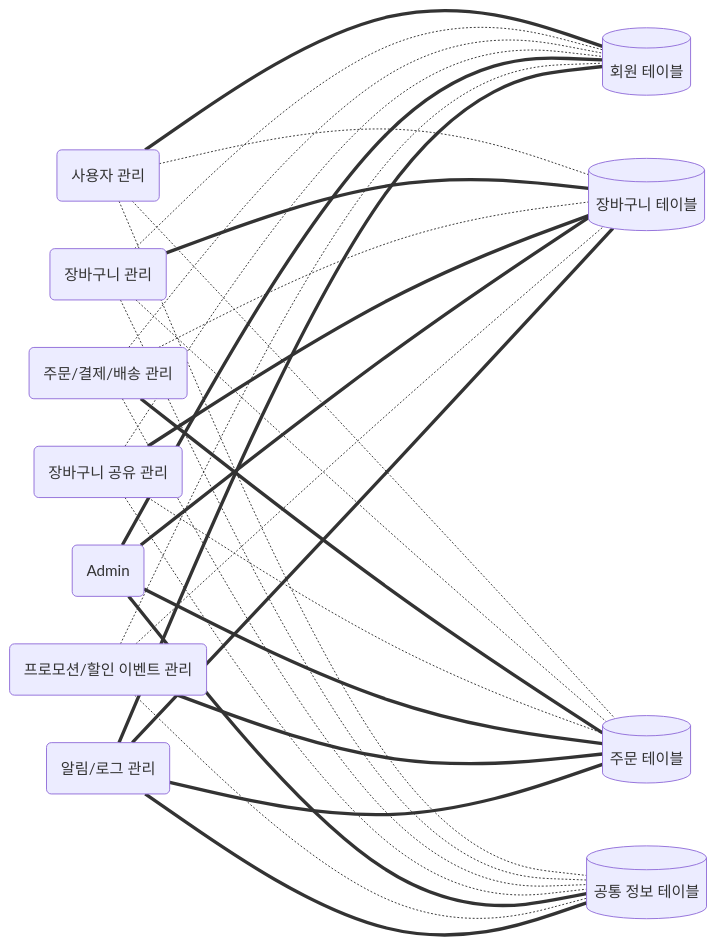
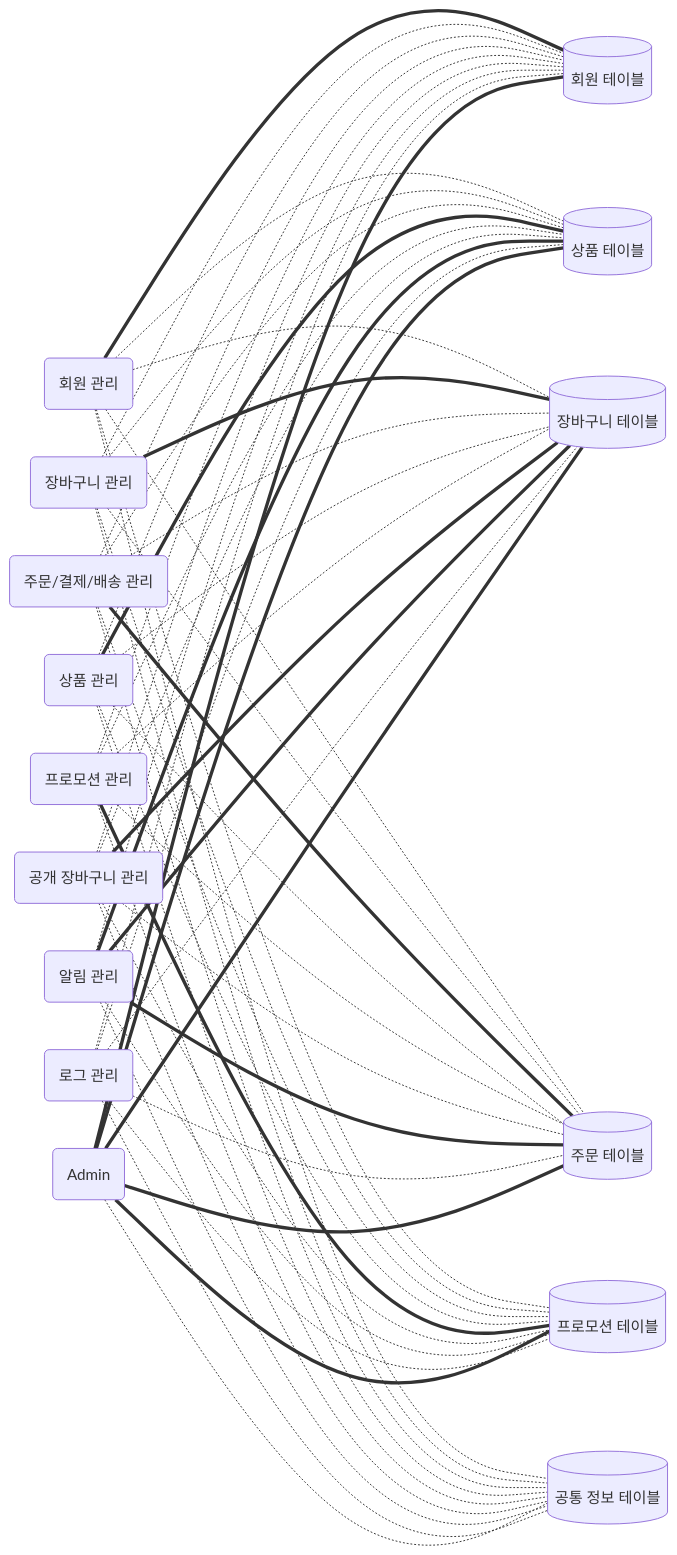
One commit to sarifor/cart-connect-market changed the diagram in docs/2. 설계/2.1 전체 설계/2.1.1 시스템 아키텍처 설계/데이터 아키텍처.md. Above: the diagram before and after it, drawn with Mermaid. The commit also changed other lines of this file, not shown here.

Commit message:
Refactor: Data architecture
- Align with Functional requirements definition and Screen list
- Add new subsystems: e.g., Product management
- Add new database tables: e.g., Product table
- Add/Modify relationships between subsystems and database tables: e.g. Admin can update specific fields in Product table

````diff
--- a/docs/2. 설계/2.1 전체 설계/2.1.1 시스템 아키텍처 설계/데이터 아키텍처.md
+++ b/docs/2. 설계/2.1 전체 설계/2.1.1 시스템 아키텍처 설계/데이터 아키텍처.md
@@ -18,52 +19,83 @@
 %%{ init: { 'flowchart': { 'nodeSpacing': 50, 'rankSpacing': 400 } } }%%
 
 graph LR
-  Customer("사용자 관리")
+  Member("회원 관리")
   Cart("장바구니 관리")
   OrderBuyDelivery("주문/결제/배송 관리")
-  ShareCart("장바구니 공유 관리")
+  Product("상품 관리")
+  Promotion("프로모션 관리")
+  ShareCart("공개 장바구니 관리")
+  Notification("알림 관리")
+  Log("로그 관리")
   Admin("Admin")
-  PromotionSale("프로모션/할인 이벤트 관리")
-  NotificationLog("알림/로그 관리")
 
   MemberTB[("회원 테이블")]
+  ProductTB[("상품 테이블")]
   CartTB[("장바구니 테이블")]
   OrderTB[("주문 테이블")]
+  PromotionTB[("프로모션 테이블")]
   CommonTB[("공통 정보 테이블")]
 
-  Customer === MemberTB
-  Customer -.- CartTB
-  Customer -.- OrderTB
-  Customer -.- CommonTB
+  Member === MemberTB
+  Member -.- ProductTB
+  Member -.- CartTB
+  Member -.- OrderTB
+  Member -.- PromotionTB
+  Member -.- CommonTB
 
   Cart -.- MemberTB
+  Cart -.- ProductTB
   Cart === CartTB
   Cart -.- OrderTB
+  Cart -.- PromotionTB
   Cart -.- CommonTB
 
   OrderBuyDelivery -.- MemberTB
+  OrderBuyDelivery -.- ProductTB
   OrderBuyDelivery -.- CartTB
   OrderBuyDelivery === OrderTB
+  OrderBuyDelivery -.- PromotionTB
   OrderBuyDelivery -.- CommonTB
 
+  Product -.- MemberTB
+  Product === ProductTB
+  Product -.- CartTB
+  Product -.- OrderTB
+  Product -.- PromotionTB
+  Product -.- CommonTB
+
+  Promotion -.- MemberTB
+  Promotion -.- ProductTB
+  Promotion -.- CartTB
+  Promotion -.- OrderTB
+  Promotion === PromotionTB
+  Promotion -.- CommonTB
+
   ShareCart -.- MemberTB
+  ShareCart -.- ProductTB
   ShareCart === CartTB
   ShareCart -.- OrderTB
+  ShareCart -.- PromotionTB
   ShareCart -.- CommonTB
 
+  Notification -.- MemberTB
+  Notification === ProductTB
+  Notification === CartTB
+  Notification === OrderTB
+  Notification -.- PromotionTB
+  Notification -.- CommonTB
+
+  Log -.- MemberTB
+  Log -.- ProductTB
+  Log -.- CartTB
+  Log -.- OrderTB
+  Log -.- PromotionTB
+  Log -.- CommonTB
+
   Admin === MemberTB
+  Admin === ProductTB
   Admin === CartTB
   Admin === OrderTB
-  Admin === CommonTB
-
-  PromotionSale -.- MemberTB
-  PromotionSale -.- CartTB
-  PromotionSale === OrderTB
-  PromotionSale -.- CommonTB
-
-  NotificationLog === MemberTB
-  NotificationLog === CartTB
-  NotificationLog === OrderTB
-  NotificationLog === CommonTB
-
+  Admin === PromotionTB
+  Admin -.- CommonTB
 ```
````
